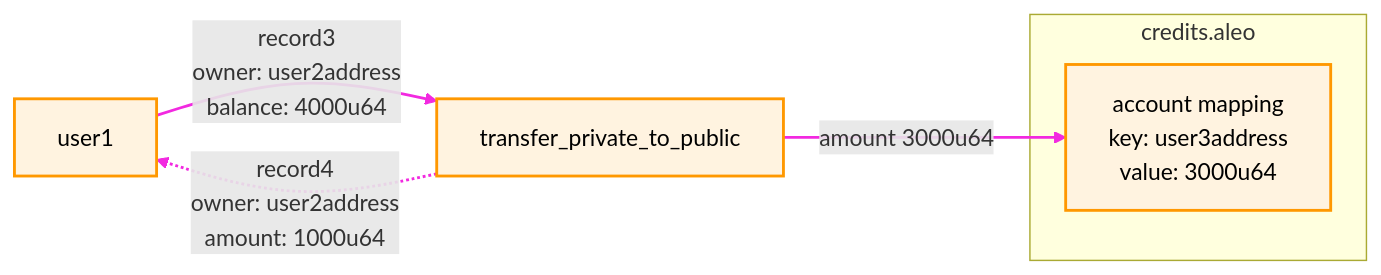
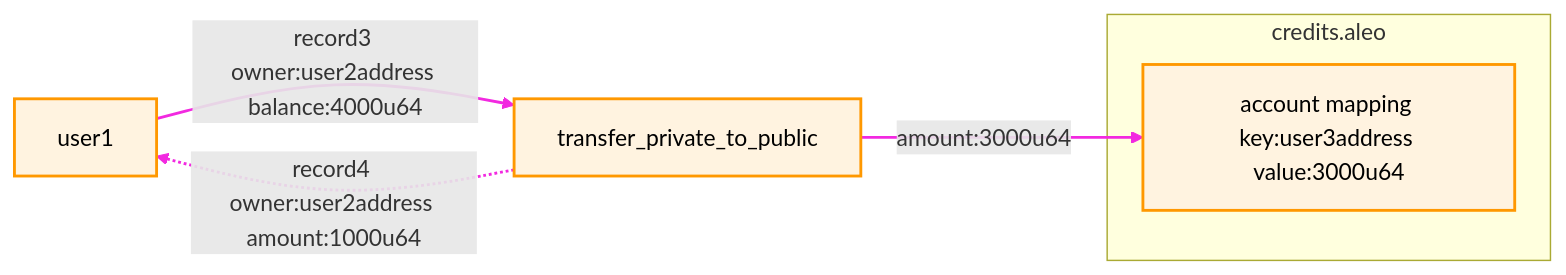
Before and after one commit to AleoNet/welcome: the third of 5 diagrams in documentation/concepts/fundamentals/08_transfers.md, drawn with Mermaid. The commit also changed other lines of this file, not shown here.

Commit message:
Fix 08_transfers.md markdown diagrams

````diff
--- a/documentation/concepts/fundamentals/08_transfers.md
+++ b/documentation/concepts/fundamentals/08_transfers.md
@@ -109,12 +109,12 @@
 ```mermaid
 graph LR
     subgraph credits.aleo
-        m1[account mapping \n key: user3address \n value: 3000u64]
+        m1[account mapping key:user3address value:3000u64]
     end
-    user1--record3 \n owner: user2address \n balance: 4000u64-->t1[transfer_private_to_public]
-    t1-.record4 \n owner: user2address \n amount: 1000u64.->user1
-    t1--amount 3000u64-->m1
+    user1--record3 owner:user2address balance:4000u64-->t1[transfer_private_to_public]
+    t1-.record4 owner:user2address amount:1000u64.->user1
+    t1--amount:3000u64-->m1
     
     classDef default fill:#fff3e0,stroke:#ff9800,stroke-width:2px,color:#000;
     linkStyle default stroke:#f229e0,stroke-width:2px;
 ```
````
